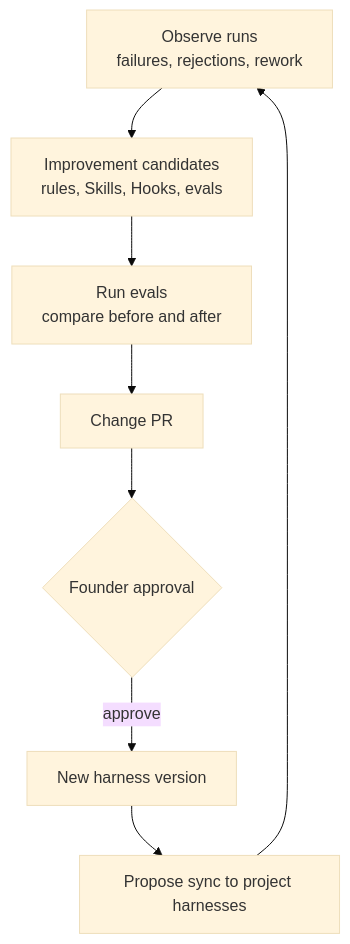
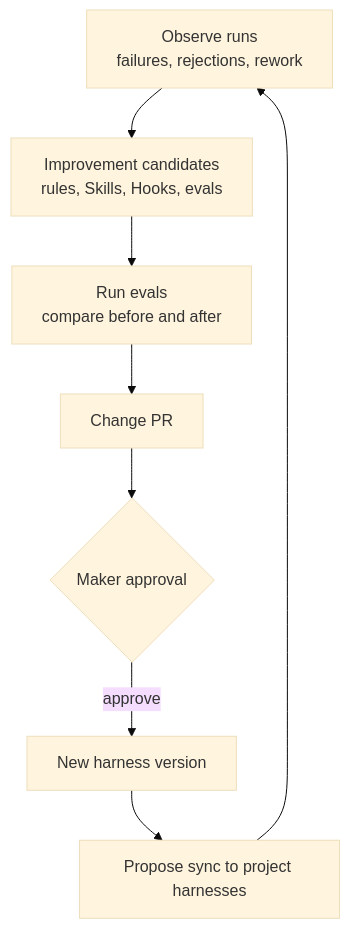
Before and after one commit to ysjee141/flywheel: the tenth of 13 diagrams in plan-draft.en.md, drawn with Mermaid (base theme). The commit also changed other lines of this file and 1 other file, not shown here.

First line of the commit message:
Rename founder role to Maker in plan draft

````diff
--- a/plan-draft.en.md
+++ b/plan-draft.en.md
@@ -596,10 +597,10 @@
 ```mermaid
 flowchart TB
   O[Observe runs<br/>failures, rejections, rework] --> C[Improvement candidates<br/>rules, Skills, Hooks, evals]
   C --> E[Run evals<br/>compare before and after]
   E --> P[Change PR]
-  P --> H{Founder approval}
+  P --> H{Maker approval}
   H -->|approve| V[New harness version]
   V --> S[Propose sync to project harnesses]
   S --> O
 ```
````
